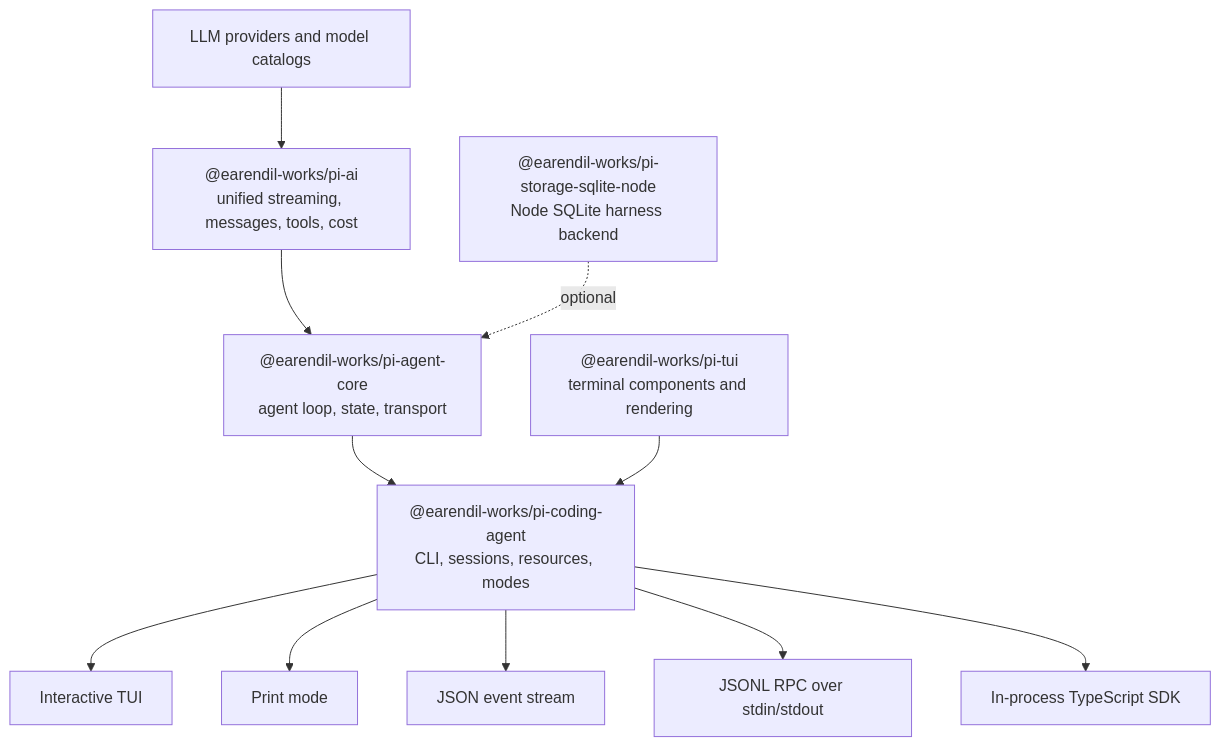
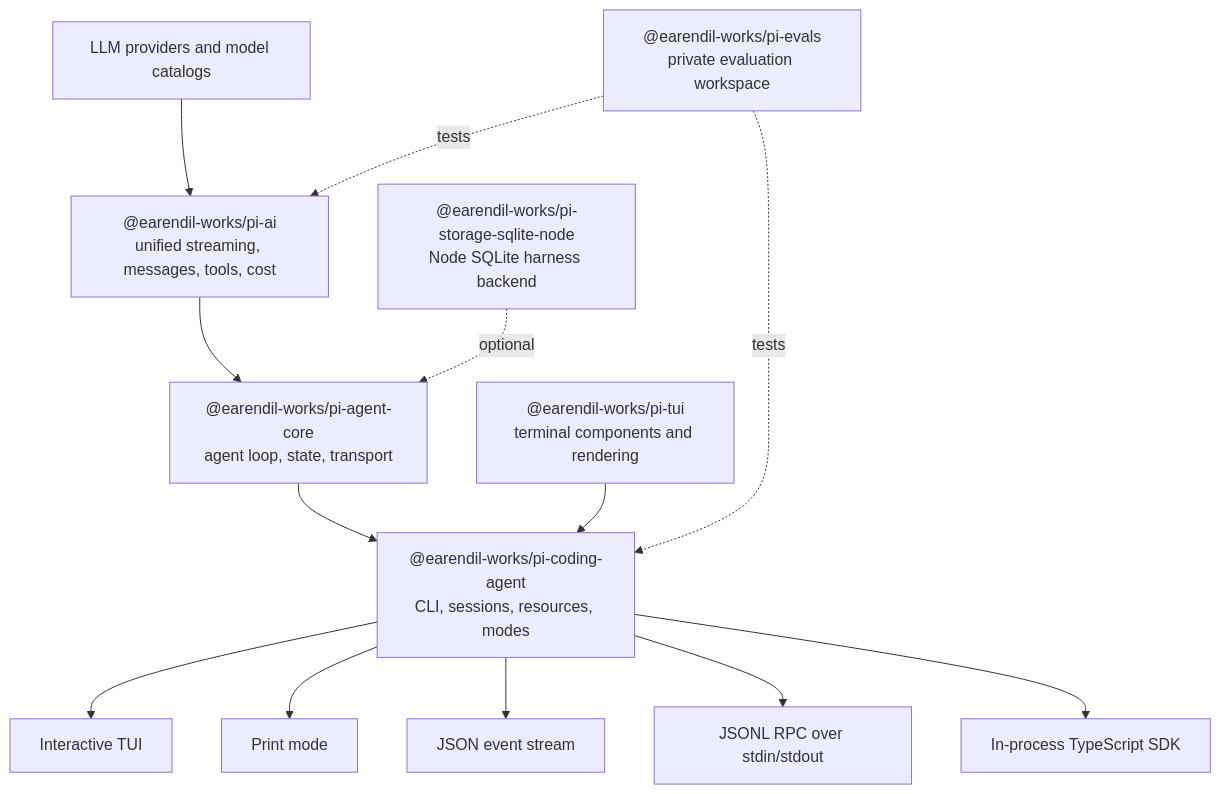
The first of 6 diagrams in docs/architecture.md (aaron-he-zhu/awesome-pi-agent-practices), drawn with Mermaid before and after one commit. The commit also changed other lines of this file and 39 other files, not shown here.

````diff
--- a/docs/architecture.md
+++ b/docs/architecture.md
@@ -16,13 +16,15 @@
 ```mermaid
 flowchart TB
   Providers["LLM providers and model catalogs"] --> AI["@earendil-works/pi-ai<br/>unified streaming, messages, tools, cost"]
   AI --> Agent["@earendil-works/pi-agent-core<br/>agent loop, state, transport"]
   Agent --> Coding["@earendil-works/pi-coding-agent<br/>CLI, sessions, resources, modes"]
   TUI["@earendil-works/pi-tui<br/>terminal components and rendering"] --> Coding
   Storage["@earendil-works/pi-storage-sqlite-node<br/>Node SQLite harness backend"] -. "optional" .-> Agent
+  Evals["@earendil-works/pi-evals<br/>private evaluation workspace"] -. "tests" .-> AI
+  Evals -. "tests" .-> Coding
   Coding --> Interactive["Interactive TUI"]
   Coding --> Print["Print mode"]
   Coding --> JSON["JSON event stream"]
   Coding --> RPC["JSONL RPC over stdin/stdout"]
   Coding --> SDK["In-process TypeScript SDK"]
 ```
````
